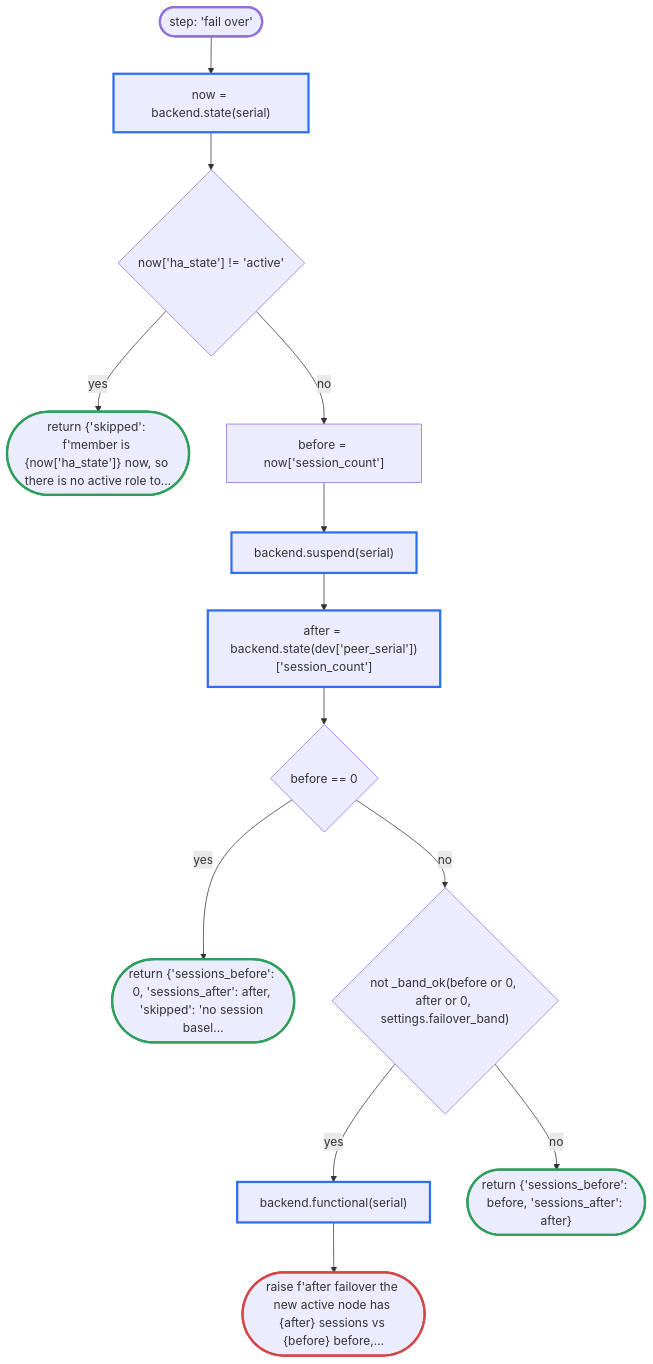
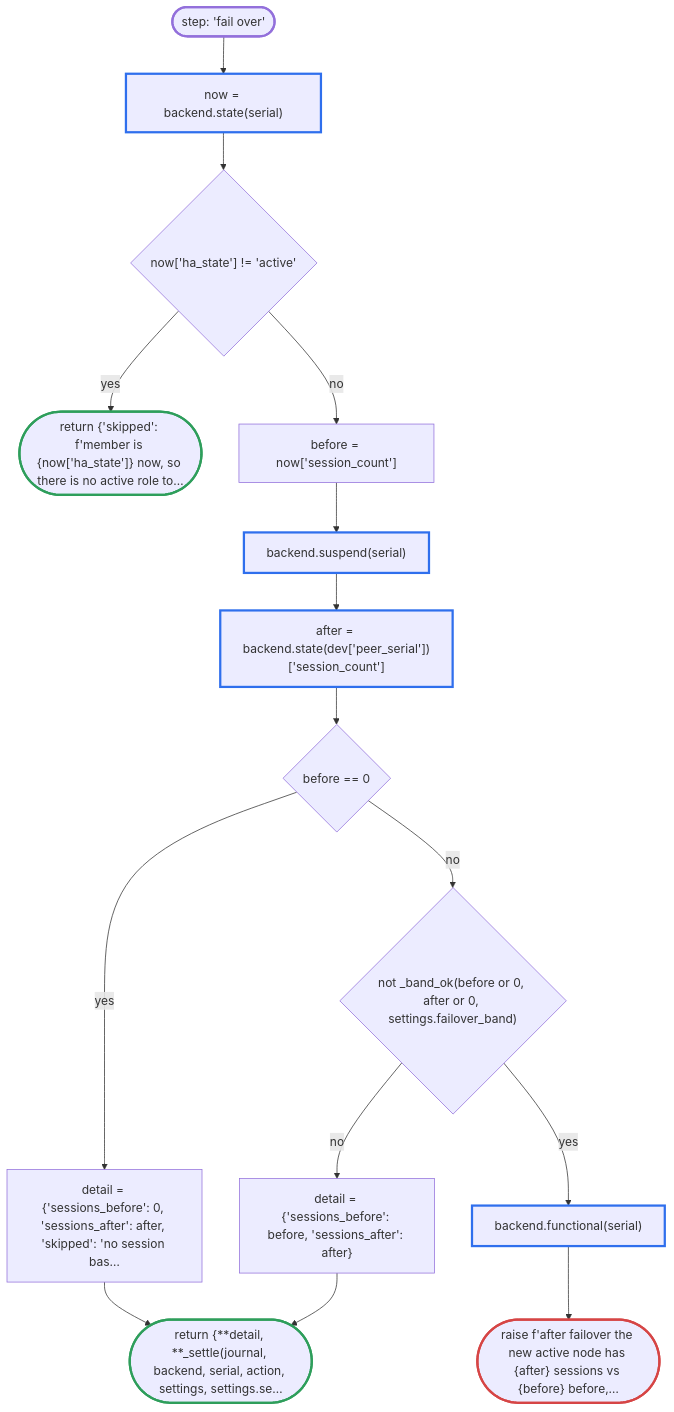
Diagram 11 of 19 in docs/flow/upgrade.md (fettigcj/panUpgrade), drawn with Mermaid before and after one commit. The commit also changed other lines of this file and 9 other files, not shown here.

First line of the commit message:
Wait out the firewall's own auto-commits: retry a busy install, settle after fail-over and reboot

````diff
--- a/docs/flow/upgrade.md
+++ b/docs/flow/upgrade.md
@@ -438,42 +438,44 @@
 ```mermaid
 flowchart TD
     d5_1(["step: 'fail over'"])
     d5_2["now = backend.state(serial)"]
     d5_3{"now['ha_state'] != 'active'"}
     d5_4(["return {'skipped': f'member is {now['ha_state']} now, so there is no active role to…"])
     d5_5["before = now['session_count']"]
     d5_6["backend.suspend(serial)"]
     d5_7["after = backend.state(dev['peer_serial'])['session_count']"]
     d5_8{"before == 0"}
-    d5_9(["return {'sessions_before': 0, 'sessions_after': after, 'skipped': 'no session basel…"])
+    d5_9["detail = {'sessions_before': 0, 'sessions_after': after, 'skipped': 'no session bas…"]
     d5_10{"not _band_ok(before or 0, after or 0, settings.failover_band)"}
     d5_11["backend.functional(serial)"]
     d5_12(["raise f'after failover the new active node has {after} sessions vs {before} before,…"])
-    d5_13(["return {'sessions_before': before, 'sessions_after': after}"])
+    d5_13["detail = {'sessions_before': before, 'sessions_after': after}"]
+    d5_14(["return {**detail, **_settle(journal, backend, serial, action, settings, settings.se…"])
     d5_1 --> d5_2
     d5_2 --> d5_3
     d5_3 -->|yes| d5_4
     d5_3 -->|no| d5_5
     d5_5 --> d5_6
     d5_6 --> d5_7
     d5_7 --> d5_8
     d5_8 -->|yes| d5_9
     d5_8 -->|no| d5_10
     d5_10 -->|yes| d5_11
     d5_11 --> d5_12
     d5_10 -->|no| d5_13
+    d5_9 --> d5_14
+    d5_13 --> d5_14
     classDef api stroke:#2f6fed,stroke-width:3px
     classDef refuse stroke:#d64545,stroke-width:3px
     classDef done stroke:#2e9e5b,stroke-width:3px
     classDef step stroke:#e0a020,stroke-width:3px
     classDef entry stroke-width:3px
     class d5_1 entry
     class d5_2 api
     class d5_4 done
     class d5_6 api
     class d5_7 api
-    class d5_9 done
     class d5_11 api
     class d5_12 refuse
-    class d5_13 done
+    class d5_14 done
 ```
````
